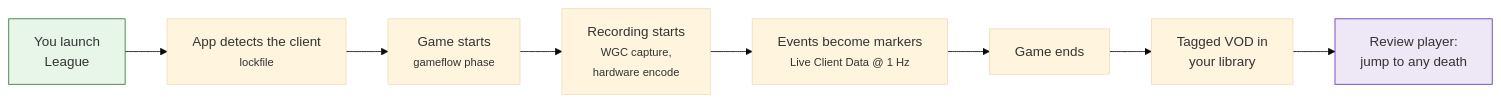
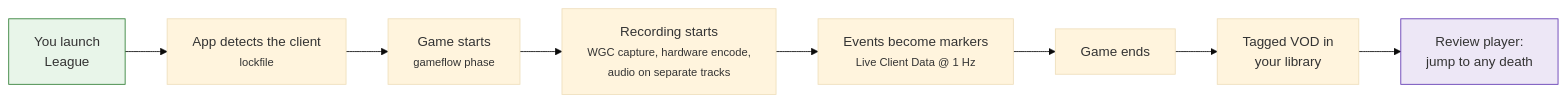
The first of 2 diagrams in README.md (NinjaGoldfinch/ninja-recorder), drawn with Mermaid (base theme) before and after one commit. The commit also changed other lines of this file and 30 other files, not shown here.

````diff
--- a/README.md
+++ b/README.md
@@ -23,12 +23,12 @@
 ```mermaid
 flowchart LR
     A["You launch<br/>League"] --> B["App detects the client<br/><small>lockfile</small>"]
     B --> C["Game starts<br/><small>gameflow phase</small>"]
-    C --> D["Recording starts<br/><small>WGC capture,<br/>hardware encode</small>"]
+    C --> D["Recording starts<br/><small>WGC capture, hardware encode,<br/>audio on separate tracks</small>"]
     D --> E["Events become markers<br/><small>Live Client Data @ 1 Hz</small>"]
     E --> F["Game ends"]
     F --> G["Tagged VOD in<br/>your library"]
     G --> H["Review player:<br/>jump to any death"]
     style A fill:#e8f5e9,stroke:#2e7d32
     style H fill:#ede7f6,stroke:#5e35b1
 ```
````
